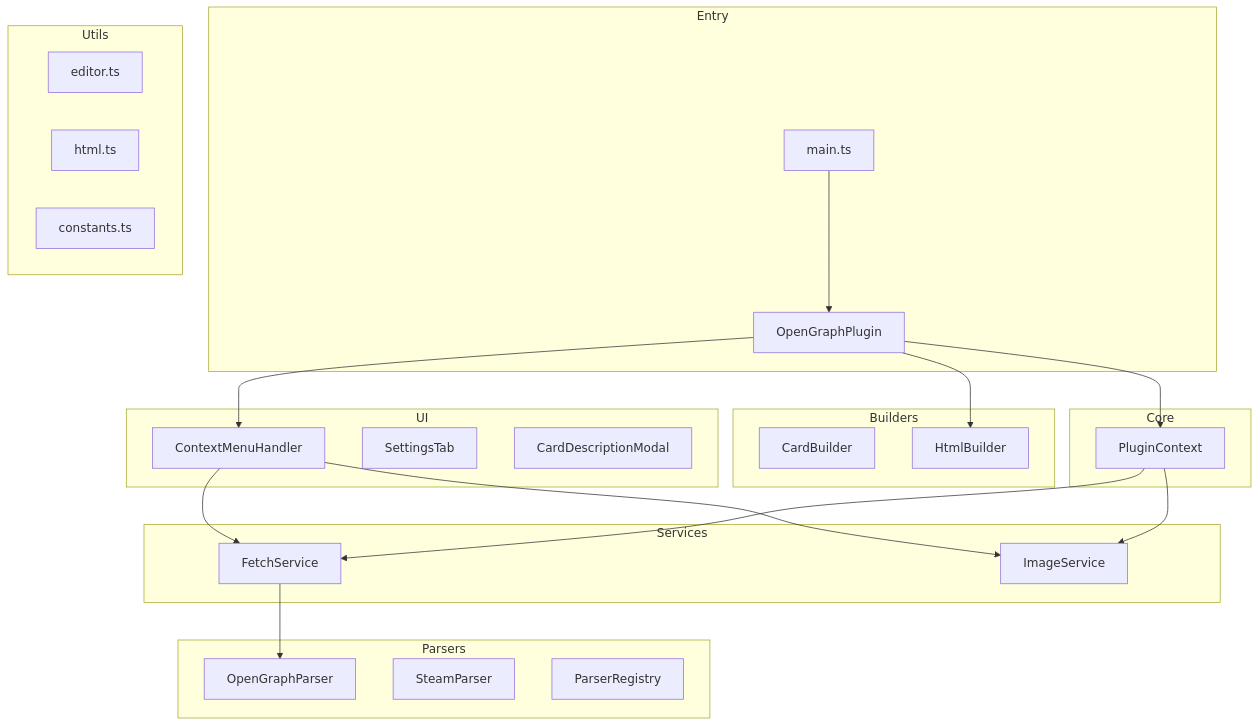
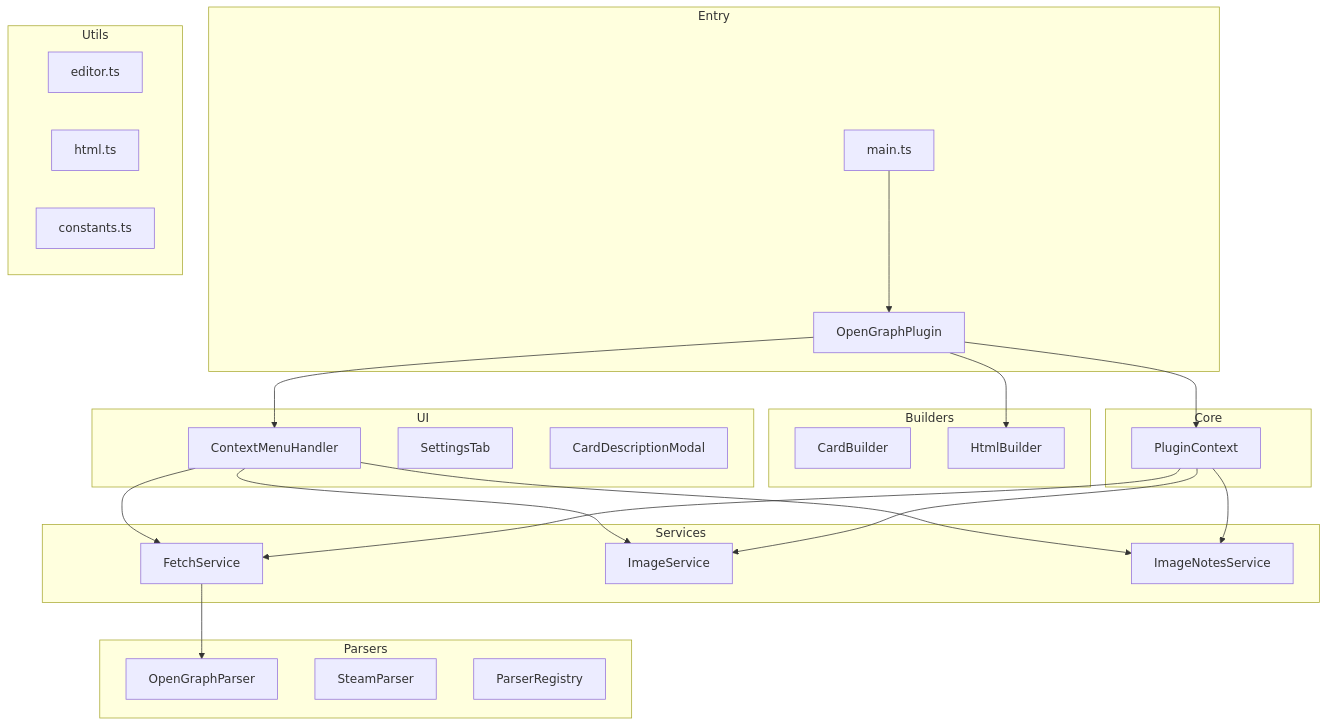
Before and after one commit to viruseg/obsidian-open-graph-card: the diagram in .kilocode/rules-architect/AGENTS.md, drawn with Mermaid. The commit also changed other lines of this file and 7 other files, not shown here.

````diff
--- a/.kilocode/rules-architect/AGENTS.md
+++ b/.kilocode/rules-architect/AGENTS.md
@@ -7,46 +7,49 @@
 ```mermaid
 flowchart TB
     subgraph Entry
         A[main.ts] --> B[OpenGraphPlugin]
     end
     
     subgraph Core
         B --> C[PluginContext]
     end
     
     subgraph Services
         E[FetchService]
         F[ImageService]
+        G[ImageNotesService]
     end
     
     subgraph Parsers
         H[OpenGraphParser]
         I[SteamParser]
         J[ParserRegistry]
     end
     
     subgraph Builders
         K[CardBuilder]
         L[HtmlBuilder]
     end
     
     subgraph UI
         M[ContextMenuHandler]
         N[SettingsTab]
         O[CardDescriptionModal]
     end
     
     subgraph Utils
         P[editor.ts]
         Q[html.ts]
         R[constants.ts]
     end
     
     B --> M
     M --> E
     M --> F
+    M --> G
     C --> E
     C --> F
+    C --> G
     E --> H
     B --> L
 ```
````
